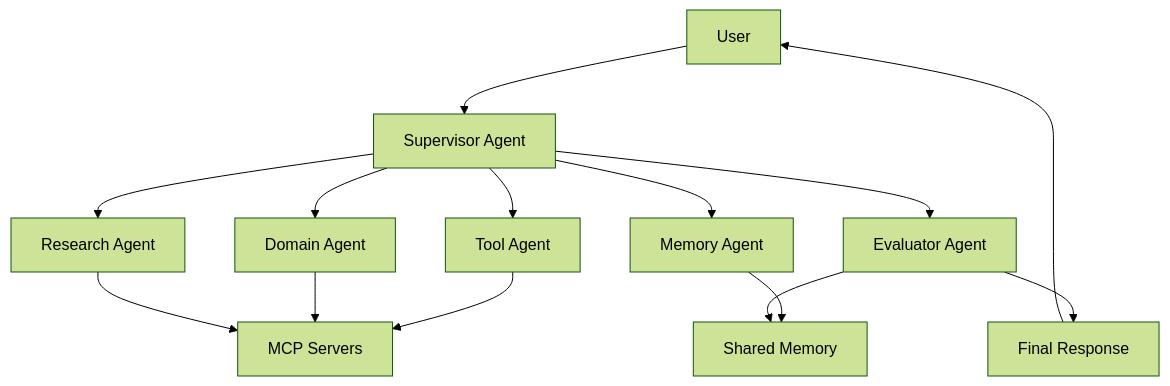
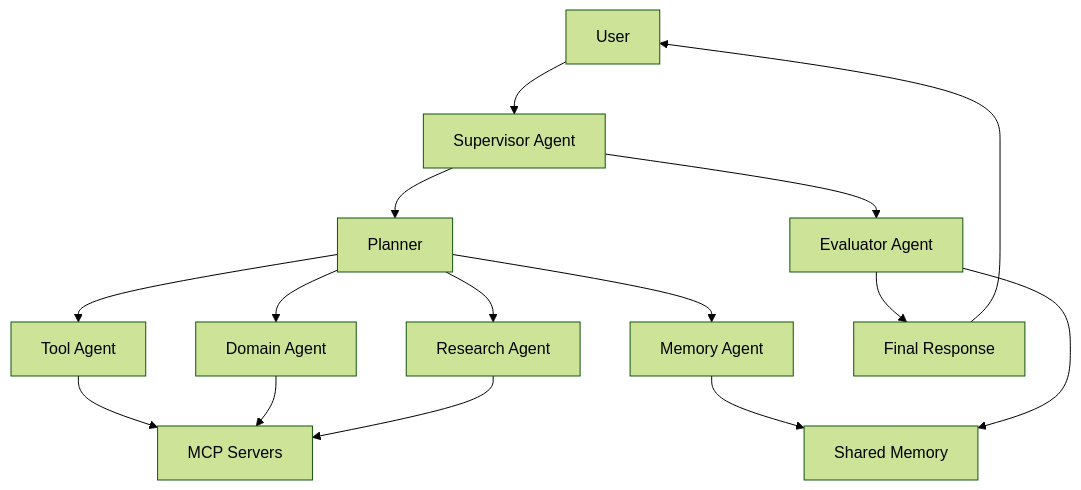
One commit to audi0417/agent-engineering-roadmap changed the diagram in README.md. Above: the diagram before and after it, drawn with Mermaid (forest theme). The commit also changed other lines of this file, not shown here.

````diff
--- a/README.md
+++ b/README.md
@@ -57,16 +68,17 @@
 ```mermaid
 graph TD
     User[User] --> Supervisor[Supervisor Agent]
-    Supervisor --> MemoryAgent[Memory Agent]
-    Supervisor --> ResearchAgent[Research Agent]
-    Supervisor --> ToolAgent[Tool Agent]
-    Supervisor --> DomainAgent[Domain Agent]
+    Supervisor --> Planner[Planner]
+    Planner --> MemoryAgent[Memory Agent]
+    Planner --> ResearchAgent[Research Agent]
+    Planner --> ToolAgent[Tool Agent]
+    Planner --> DomainAgent[Domain Agent]
     MemoryAgent --> SharedMemory[Shared Memory]
     ToolAgent --> MCP[MCP Servers]
     DomainAgent --> MCP
     ResearchAgent --> MCP
     Supervisor --> Evaluator[Evaluator Agent]
     Evaluator --> Final[Final Response]
     Final --> User
     Evaluator --> SharedMemory
 ```
````
